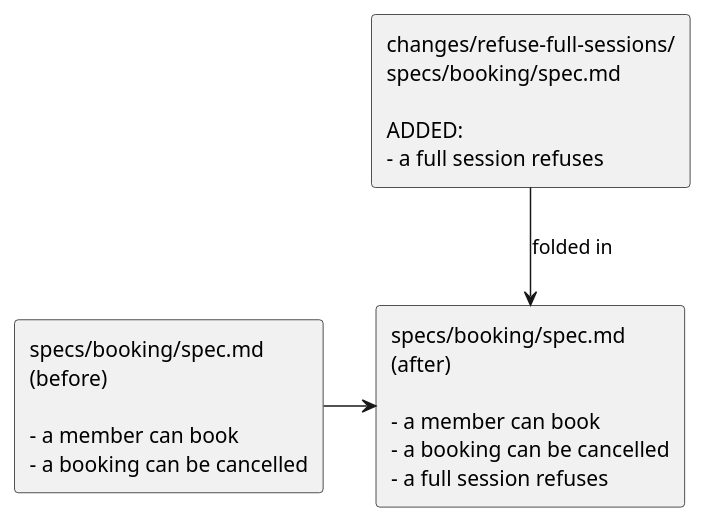
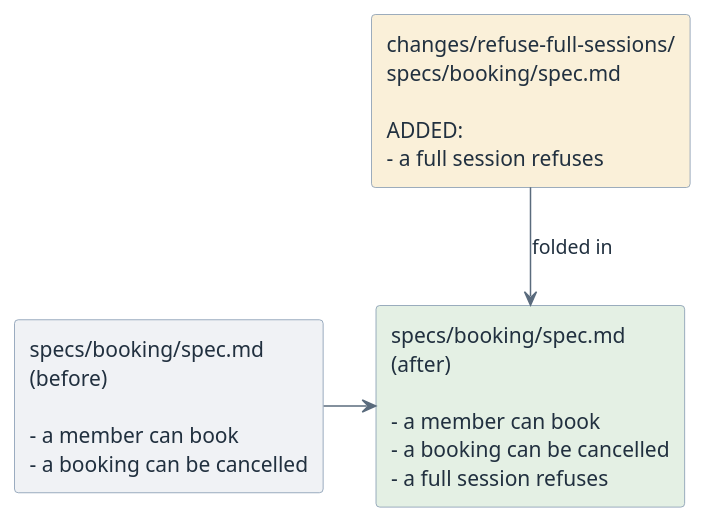
Before and after one commit to htl-leonding-college/curriculum-syp3: the second of 2 diagrams in modules/sdd-change-lifecycle/index.adoc, drawn with PlantUML. The commit also changed other lines of this file and 65 other files, not shown here.

First line of the commit message:
feat(site): give the diagrams a semantic pastel palette

```diff
--- a/modules/sdd-change-lifecycle/index.adoc
+++ b/modules/sdd-change-lifecycle/index.adoc
@@ -67,13 +77,15 @@
 [plantuml,archiving,svg]
 ----
 @startuml
-skinparam monochrome true
+<style>
+element { BackgroundColor #EDF3FA; LineColor #7C93AD; FontColor #21303F }
+arrow { LineColor #5A6B7D; FontColor #21303F }
+</style>
 skinparam shadowing false
-rectangle "specs/booking/spec.md\n(before)\n\n- a member can book\n- a booking can be cancelled" as B
-rectangle "changes/refuse-full-sessions/\nspecs/booking/spec.md\n\nADDED:\n- a full session refuses" as D
-rectangle "specs/booking/spec.md\n(after)\n\n- a member can book\n- a booking can be cancelled\n- a full session refuses" as A
-
+rectangle "specs/booking/spec.md\n(before)\n\n- a member can book\n- a booking can be cancelled" as B #F0F2F5
+rectangle "changes/refuse-full-sessions/\nspecs/booking/spec.md\n\nADDED:\n- a full session refuses" as D #FAF0D9
+rectangle "specs/booking/spec.md\n(after)\n\n- a member can book\n- a booking can be cancelled\n- a full session refuses" as A #E4F0E4
 B -right-> A
 D -down-> A : folded in
 @enduml
 ----
```
